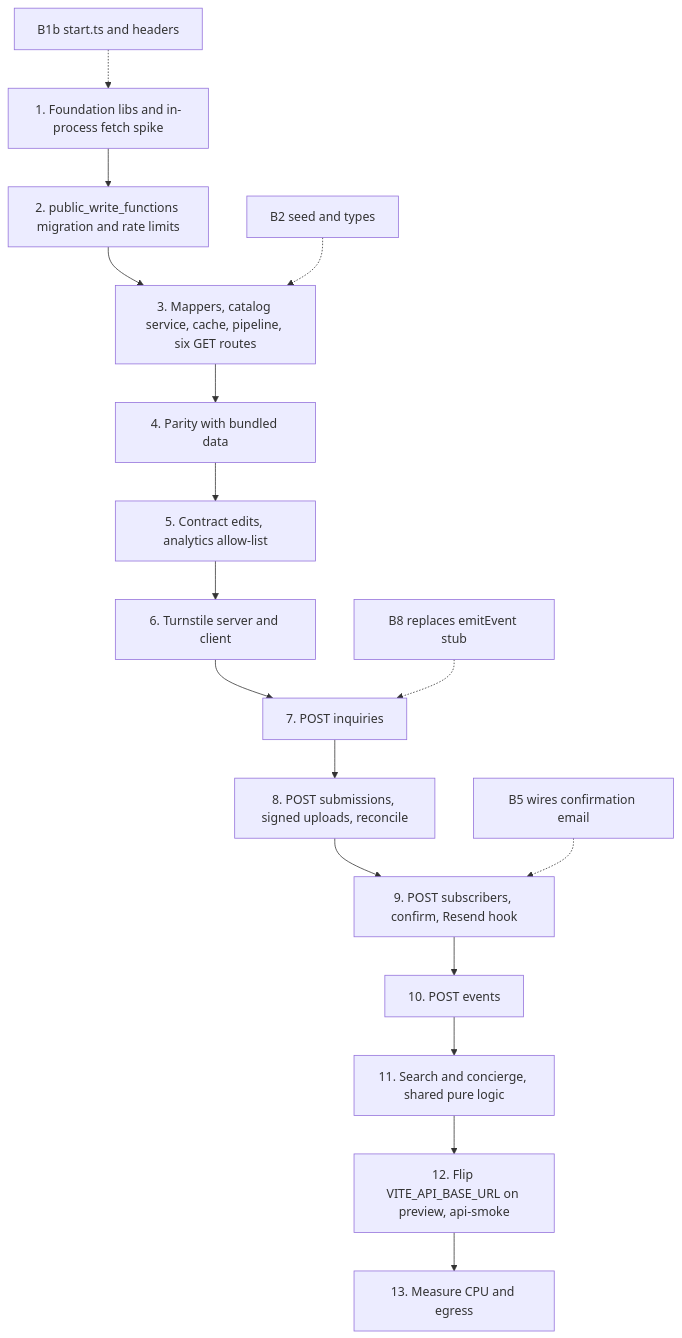
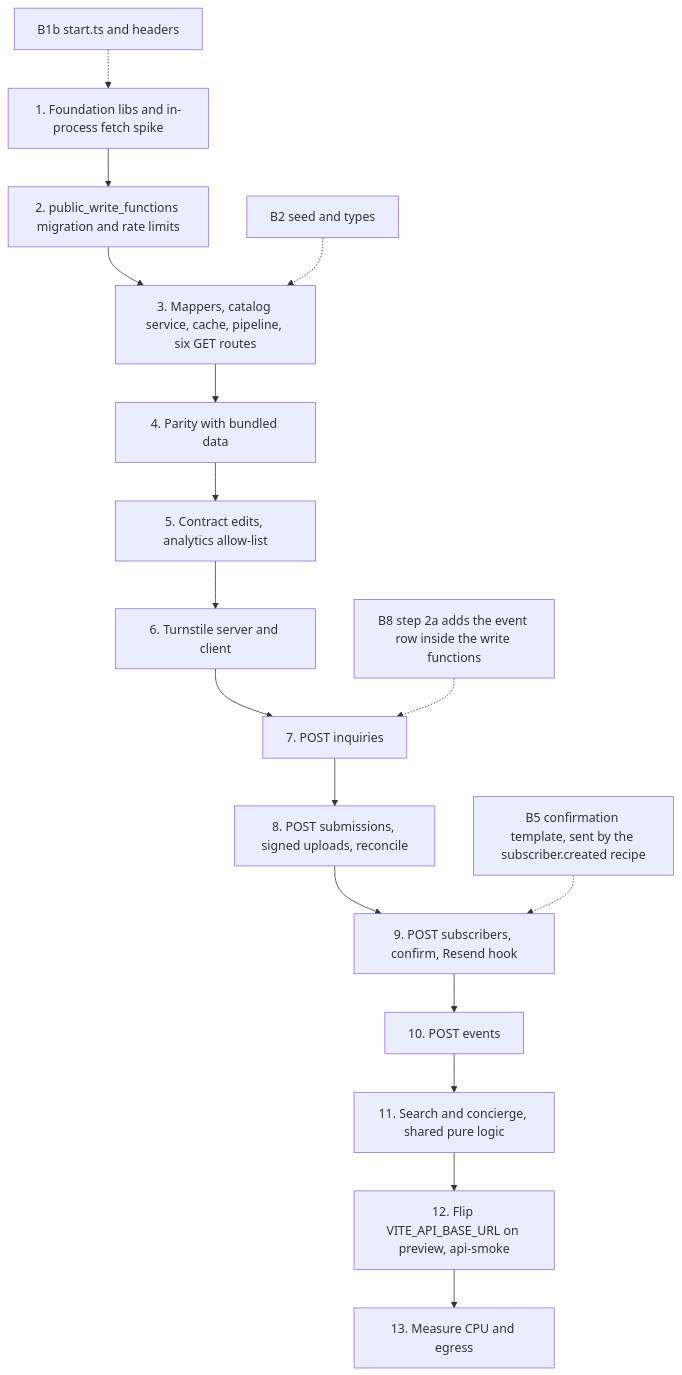
Before and after one commit to AbdulrahmanAmer/matter-of-place: the third of 6 diagrams in workspace/03-diagrams/plans-a.md, drawn with Mermaid. The commit also changed other lines of this file and 104 other files, not shown here.

First line of the commit message:
Traceability audit rounds 5 and 6; diagrams brought in line with the plans; rulings G58 to G65

````diff
--- a/workspace/03-diagrams/plans-a.md
+++ b/workspace/03-diagrams/plans-a.md
@@ -54,21 +57,21 @@
 ```mermaid
 flowchart TD
   a1["1. Foundation libs and in-process fetch spike"]
   a2["2. public_write_functions migration and rate limits"]
   a3["3. Mappers, catalog service, cache, pipeline, six GET routes"]
   a4["4. Parity with bundled data"]
   a5["5. Contract edits, analytics allow-list"]
   a6["6. Turnstile server and client"]
   a7["7. POST inquiries"]
   a8["8. POST submissions, signed uploads, reconcile"]
   a9["9. POST subscribers, confirm, Resend hook"]
   a10["10. POST events"]
   a11["11. Search and concierge, shared pure logic"]
   a12["12. Flip VITE_API_BASE_URL on preview, api-smoke"]
   a13["13. Measure CPU and egress"]
   a1 --> a2 --> a3 --> a4 --> a5 --> a6 --> a7 --> a8 --> a9 --> a10 --> a11 --> a12 --> a13
   b1b["B1b start.ts and headers"] -.-> a1
   b2["B2 seed and types"] -.-> a3
-  b8["B8 replaces emitEvent stub"] -.-> a7
-  b5["B5 wires confirmation email"] -.-> a9
+  b8["B8 step 2a adds the event row inside the write functions"] -.-> a7
+  b5["B5 confirmation template, sent by the subscriber.created recipe"] -.-> a9
 ```
````
